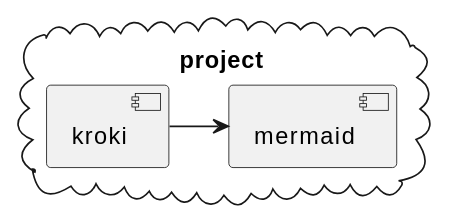
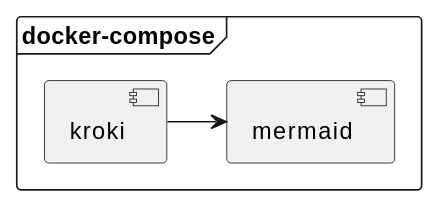
The diagram in docs/software_development/modules/docker/pages/antora.adoc (rolfkleef/rolfkleef.github.io), drawn with PlantUML before and after one commit. The commit also changed other lines of this file and 2 other files, not shown here.

First line of the commit message:
refactor: update deployment diagrams

```diff
--- a/docs/software_development/modules/docker/pages/antora.adoc
+++ b/docs/software_development/modules/docker/pages/antora.adoc
@@ -10,8 +10,8 @@
 [plantuml]
 ----
-cloud project {
+frame docker-compose {
   component kroki
   component mermaid
   kroki -> mermaid
 }
 ----
```
